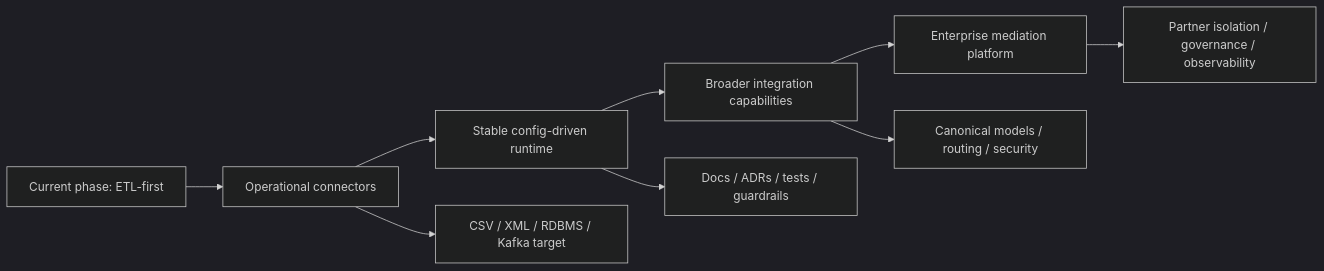
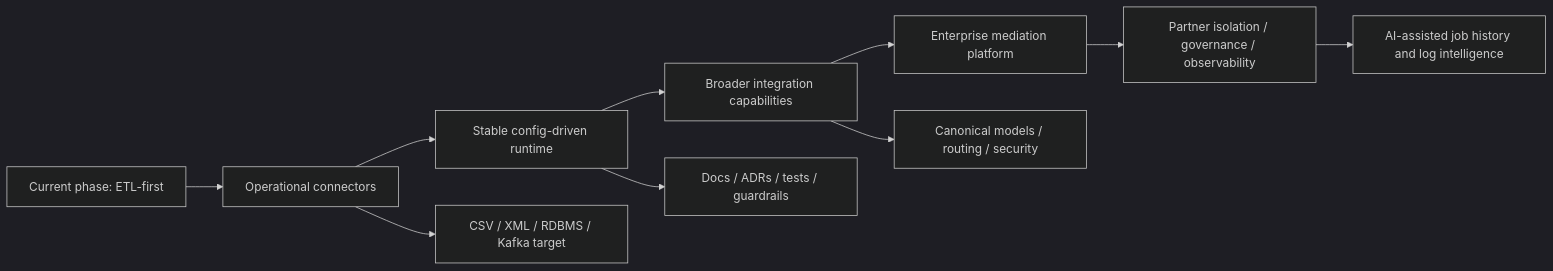
The diagram in docs/architecture/etl-product-evolution-roadmap.md (kbalanandam/spring-etl-engine), drawn with Mermaid (dark theme) before and after one commit. The commit also changed other lines of this file and 5 other files, not shown here.

Commit message:
Add roadmap docs for job history, observability,and AI-assisted operations

````diff
--- a/docs/architecture/etl-product-evolution-roadmap.md
+++ b/docs/architecture/etl-product-evolution-roadmap.md
@@ -50,12 +50,13 @@
 ```mermaid
 flowchart LR
     A[Current phase: ETL-first] --> B[Operational connectors]
     B --> C[Stable config-driven runtime]
     C --> D[Broader integration capabilities]
     D --> E[Enterprise mediation platform]
 
     B --> F[CSV / XML / RDBMS / Kafka target]
     C --> G[Docs / ADRs / tests / guardrails]
     D --> H[Canonical models / routing / security]
     E --> I[Partner isolation / governance / observability]
+    I --> J[AI-assisted job history and log intelligence]
 ```
````
